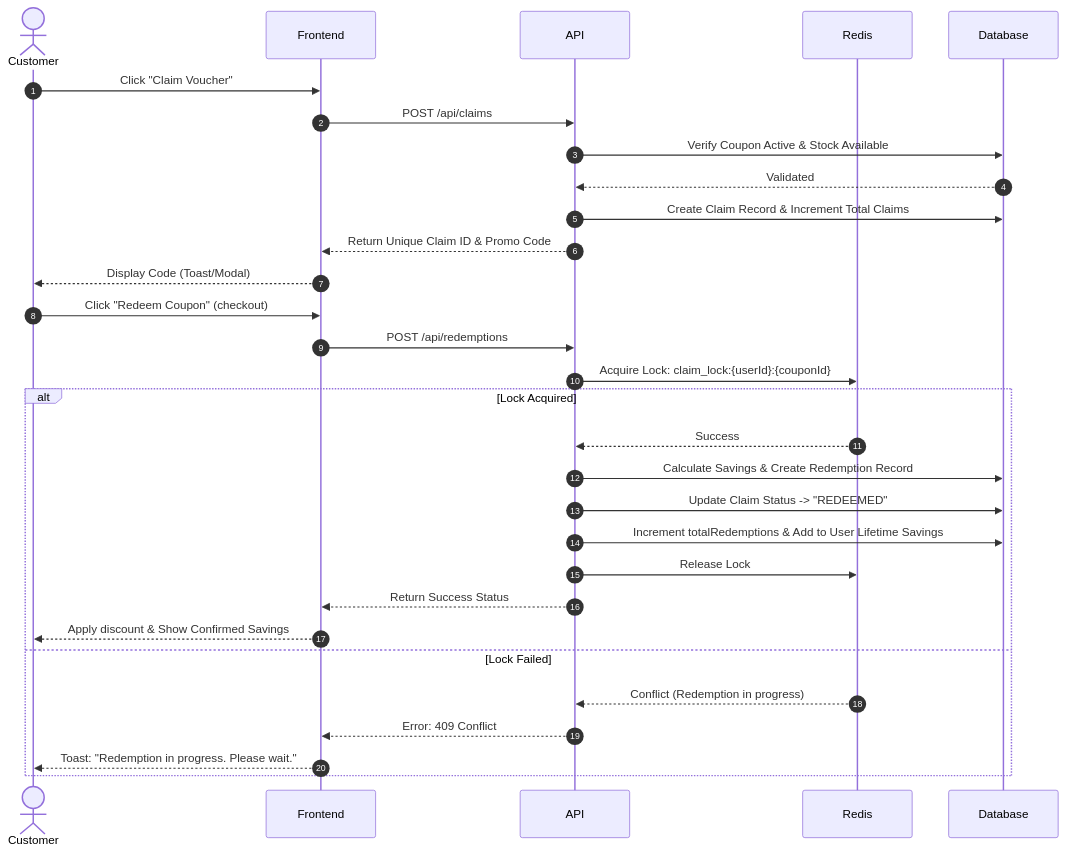
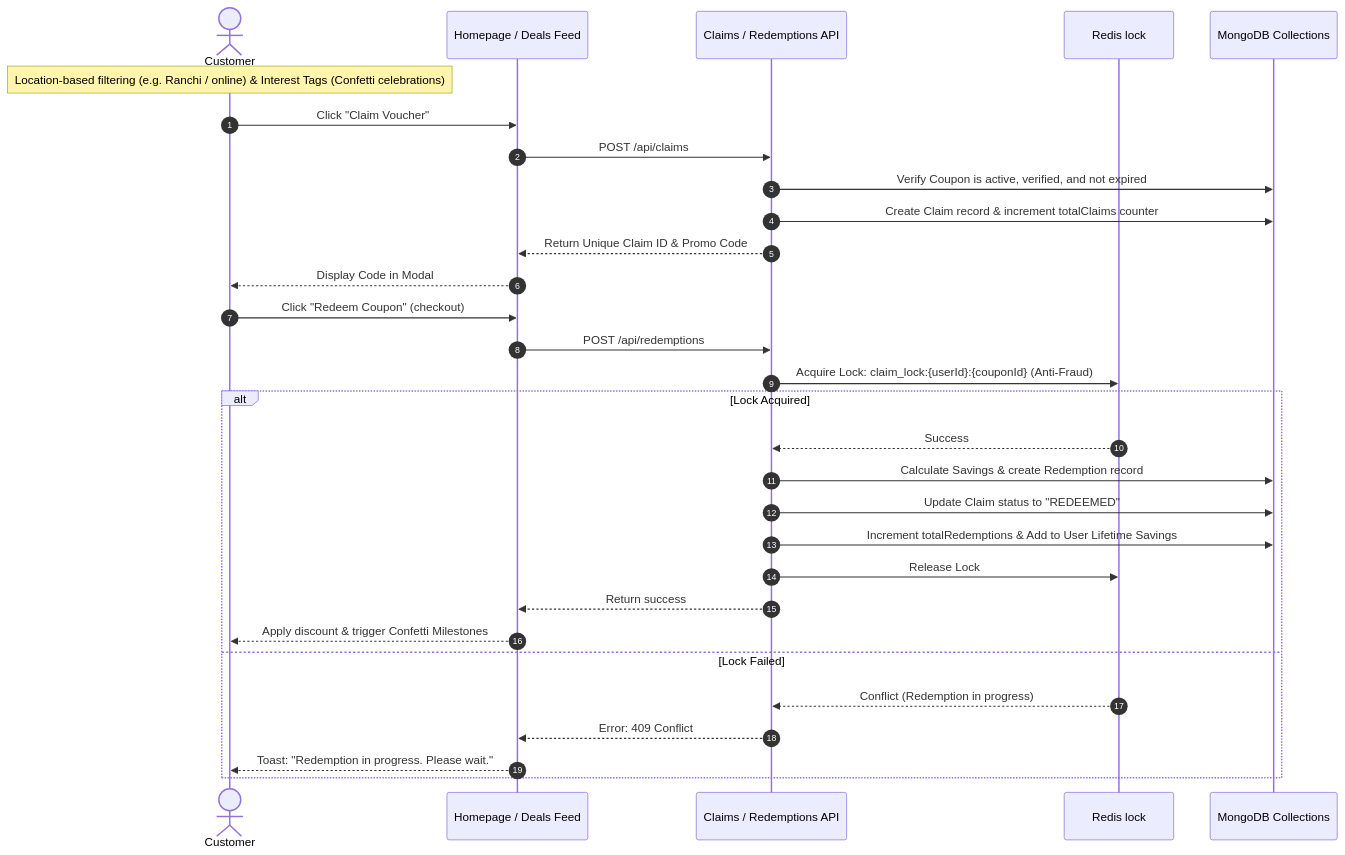
Before and after one commit to webitya/vouchiqo: the third of 5 diagrams in README.md, drawn with Mermaid. The commit also changed other lines of this file and 91 other files, not shown here.

````diff
--- a/README.md
+++ b/README.md
@@ -62,34 +120,34 @@
 ```mermaid
 sequenceDiagram
     autonumber
     actor Customer
-    participant Frontend
-    participant API
-    participant Redis
-    participant Database
+    participant Frontend as Homepage / Deals Feed
+    participant API as Claims / Redemptions API
+    participant Redis as Redis lock
+    participant DB as MongoDB Collections
 
+    Note over Customer: Location-based filtering (e.g. Ranchi / online) & Interest Tags (Confetti celebrations)
     Customer->>Frontend: Click "Claim Voucher"
     Frontend->>API: POST /api/claims
-    API->>Database: Verify Coupon Active & Stock Available
-    Database-->>API: Validated
-    API->>Database: Create Claim Record & Increment Total Claims
+    API->>DB: Verify Coupon is active, verified, and not expired
+    API->>DB: Create Claim record & increment totalClaims counter
     API-->>Frontend: Return Unique Claim ID & Promo Code
-    Frontend-->>Customer: Display Code (Toast/Modal)
+    Frontend-->>Customer: Display Code in Modal
 
     Customer->>Frontend: Click "Redeem Coupon" (checkout)
     Frontend->>API: POST /api/redemptions
-    API->>Redis: Acquire Lock: claim_lock:{userId}:{couponId}
+    API->>Redis: Acquire Lock: claim_lock:{userId}:{couponId} (Anti-Fraud)
     alt Lock Acquired
         Redis-->>API: Success
-        API->>Database: Calculate Savings & Create Redemption Record
-        API->>Database: Update Claim Status -> "REDEEMED"
-        API->>Database: Increment totalRedemptions & Add to User Lifetime Savings
+        API->>DB: Calculate Savings & create Redemption record
+        API->>DB: Update Claim status to "REDEEMED"
+        API->>DB: Increment totalRedemptions & Add to User Lifetime Savings
         API->>Redis: Release Lock
-        API-->>Frontend: Return Success Status
-        Frontend-->>Customer: Apply discount & Show Confirmed Savings
+        API-->>Frontend: Return success
+        Frontend-->>Customer: Apply discount & trigger Confetti Milestones
     else Lock Failed
         Redis-->>API: Conflict (Redemption in progress)
         API-->>Frontend: Error: 409 Conflict
         Frontend-->>Customer: Toast: "Redemption in progress. Please wait."
     end
 ```
````
